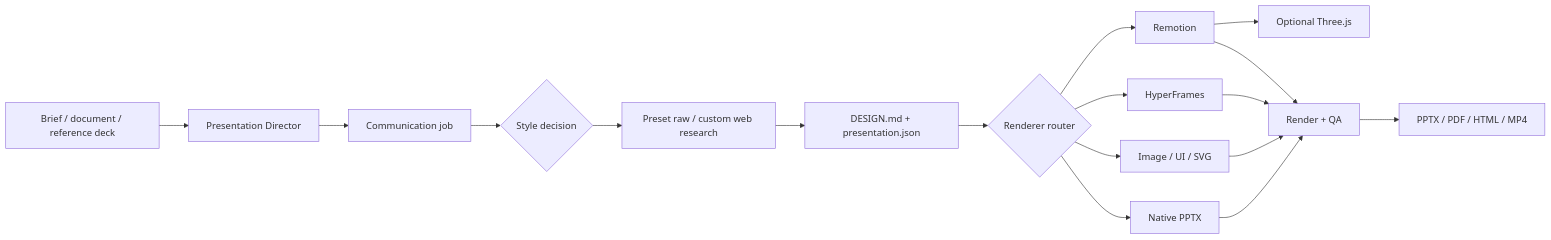
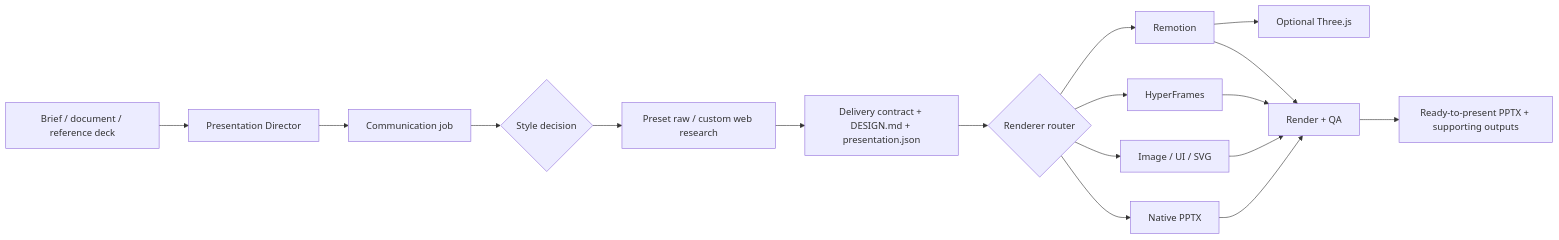
One commit to Wilder1222/presentation-director changed the diagram in docs/ARCHITECTURE.md. Above: the diagram before and after it, drawn with Mermaid. The commit also changed other lines of this file and 35 other files, not shown here.

Commit message:
Harden presentation delivery workflow

````diff
--- a/docs/ARCHITECTURE.md
+++ b/docs/ARCHITECTURE.md
@@ -9,19 +9,19 @@
 ```mermaid
 flowchart LR
     A["Brief / document / reference deck"] --> B["Presentation Director"]
     B --> C["Communication job"]
     C --> S{"Style decision"}
     S --> R["Preset raw / custom web research"]
-    R --> D["DESIGN.md + presentation.json"]
+    R --> D["Delivery contract + DESIGN.md + presentation.json"]
     D --> E{"Renderer router"}
     E --> F["Native PPTX"]
     E --> G["Image / UI / SVG"]
     E --> H["HyperFrames"]
     E --> I["Remotion"]
     I --> J["Optional Three.js"]
     F --> K["Render + QA"]
     G --> K
     H --> K
     I --> K
-    K --> L["PPTX / PDF / HTML / MP4"]
+    K --> L["Ready-to-present PPTX + supporting outputs"]
 ```
````
